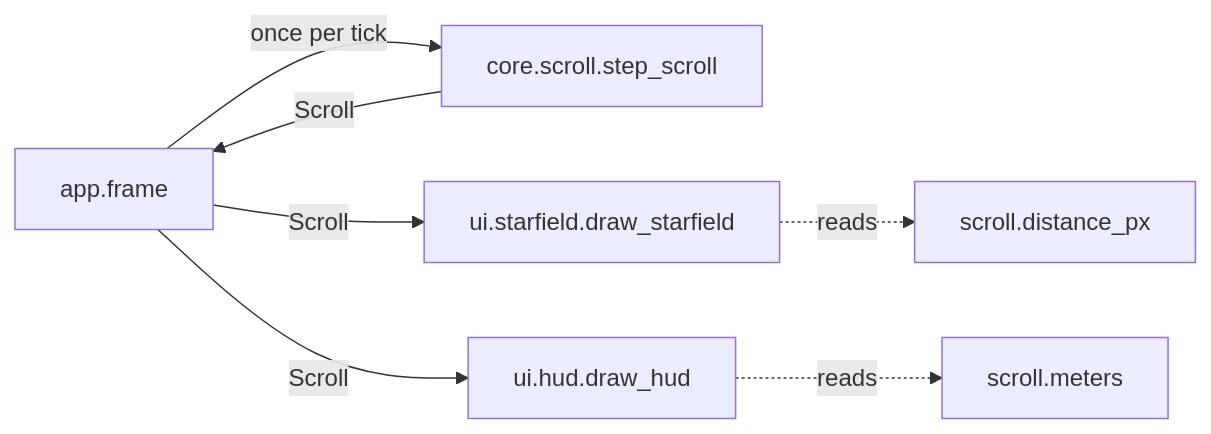
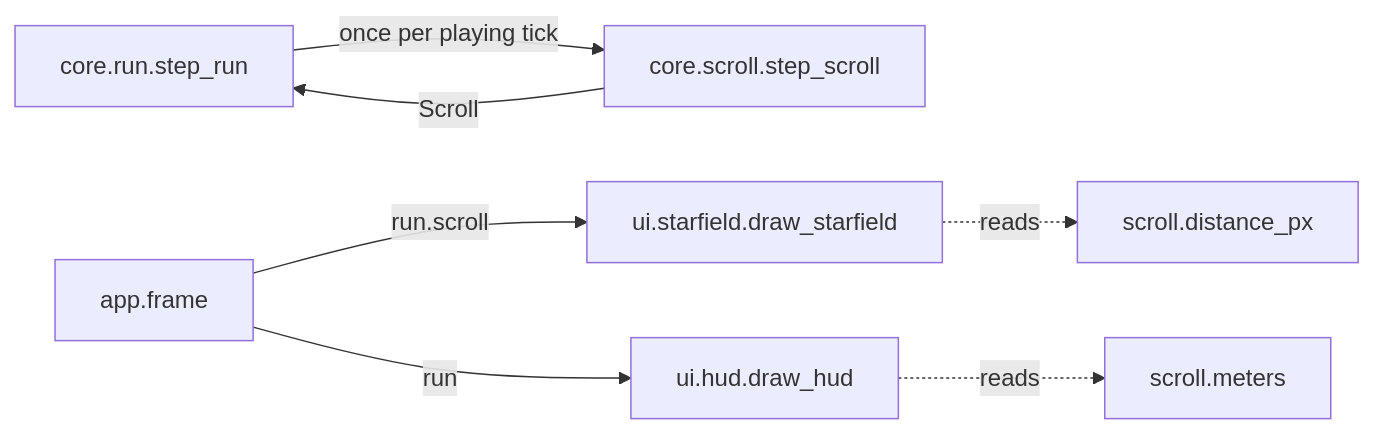
The second of 2 diagrams in docs/contracts/systems/scroll.md (david-mntl/driftward-ace), drawn with Mermaid before and after one commit. The commit also changed other lines of this file and 11 other files, not shown here.

````diff
--- a/docs/contracts/systems/scroll.md
+++ b/docs/contracts/systems/scroll.md
@@ -31,9 +31,9 @@
 ```mermaid
 flowchart LR
-  APP["app.frame"] -- "once per tick" --> STEP["core.scroll.step_scroll"]
-  STEP -- "Scroll" --> APP
-  APP -- "Scroll" --> SF["ui.starfield.draw_starfield"]
-  APP -- "Scroll" --> HUD["ui.hud.draw_hud"]
+  RUN["core.run.step_run"] -- "once per playing tick" --> STEP["core.scroll.step_scroll"]
+  STEP -- "Scroll" --> RUN
+  APP["app.frame"] -- "run.scroll" --> SF["ui.starfield.draw_starfield"]
+  APP -- "run" --> HUD["ui.hud.draw_hud"]
   SF -. reads .-> D["scroll.distance_px"]
   HUD -. reads .-> M["scroll.meters"]
 ```
````
